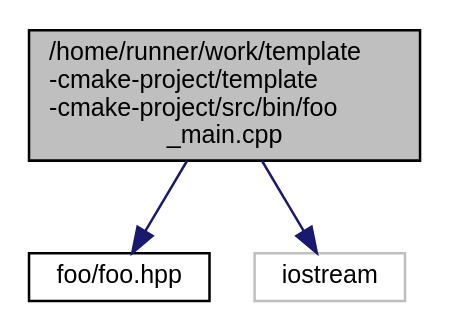
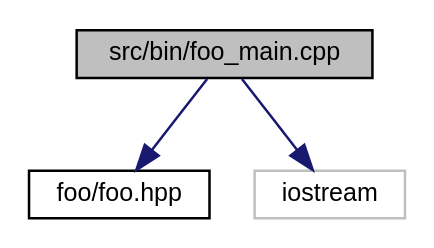
The diagram in foo__main_8cpp__incl.dot (francofusco/template-cmake-project), drawn with Graphviz before and after one commit. The commit also changed 83 other files, not shown here.

```diff
--- a/foo__main_8cpp__incl.dot
+++ b/foo__main_8cpp__incl.dot
@@ -1,11 +1,11 @@
-digraph "/home/runner/work/template-cmake-project/template-cmake-project/src/bin/foo_main.cpp"
+digraph "src/bin/foo_main.cpp"
 {
  // LATEX_PDF_SIZE
   edge [fontname="Helvetica",fontsize="10",labelfontname="Helvetica",labelfontsize="10"];
   node [fontname="Helvetica",fontsize="10",shape=record];
-  Node1 [label="/home/runner/work/template\l-cmake-project/template\l-cmake-project/src/bin/foo\l_main.cpp",height=0.2,width=0.4,color="black", fillcolor="grey75", style="filled", fontcolor="black",tooltip="Executable using the foo::bar(int) function."];
+  Node1 [label="src/bin/foo_main.cpp",height=0.2,width=0.4,color="black", fillcolor="grey75", style="filled", fontcolor="black",tooltip="Executable using the foo::bar(int) function."];
   Node1 -> Node2 [color="midnightblue",fontsize="10",style="solid",fontname="Helvetica"];
   Node2 [label="foo/foo.hpp",height=0.2,width=0.4,color="black", fillcolor="white", style="filled",URL="$foo_8hpp.html",tooltip="Header file for the foo::bar(int) function."];
   Node1 -> Node3 [color="midnightblue",fontsize="10",style="solid",fontname="Helvetica"];
   Node3 [label="iostream",height=0.2,width=0.4,color="grey75", fillcolor="white", style="filled",tooltip=" "];
 }
```
